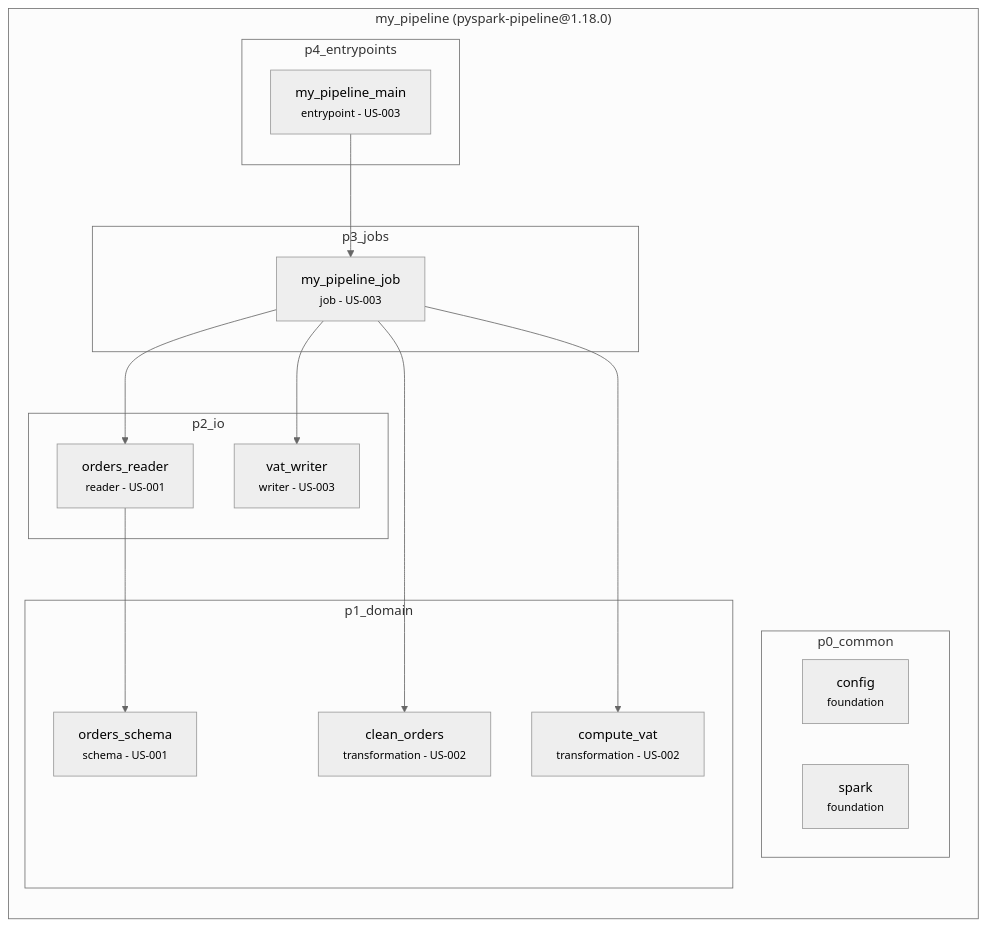
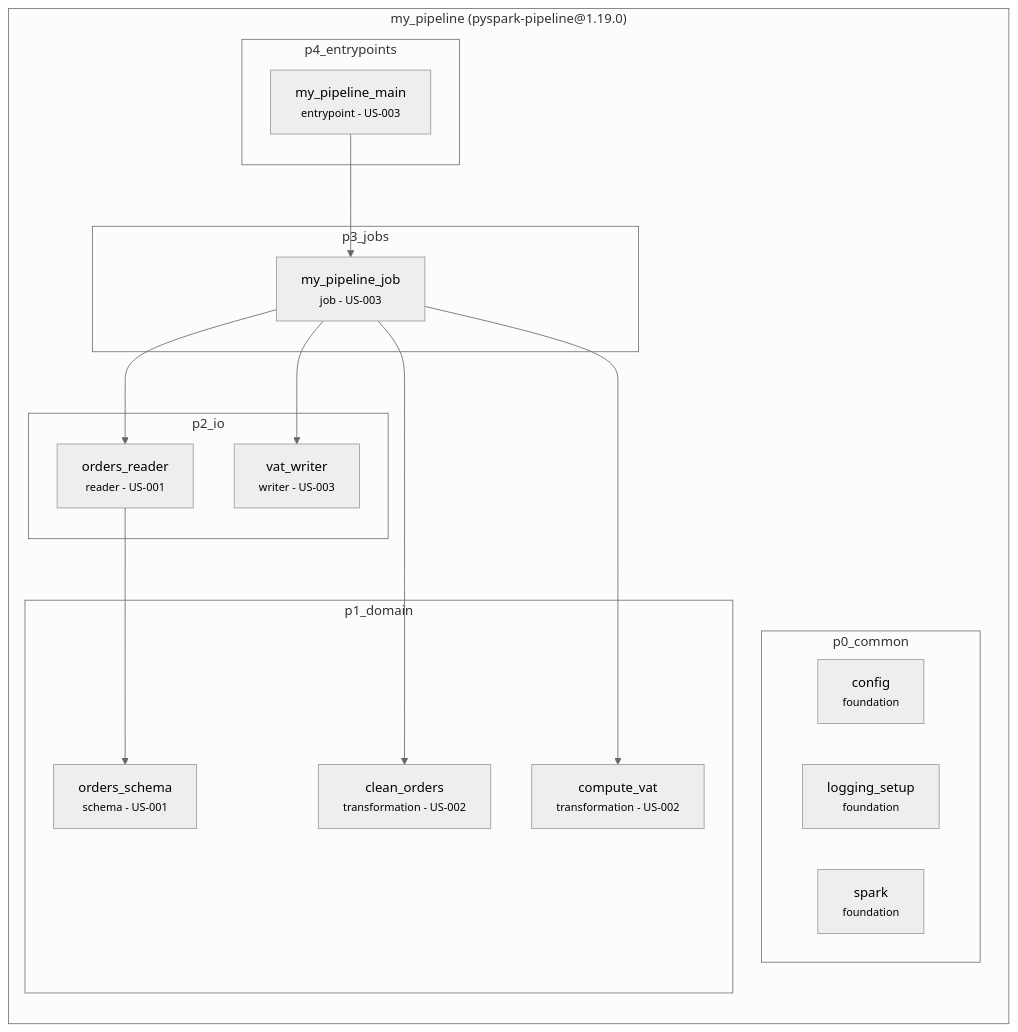
Before and after one commit to archvow/archvow-plugin: the diagram in contract/archvow/examples/pyspark-pipeline/.archvow/spec.md, drawn with Mermaid (neutral theme). The commit also changed other lines of this file and 119 other files, not shown here.

````diff
--- a/contract/archvow/examples/pyspark-pipeline/.archvow/spec.md
+++ b/contract/archvow/examples/pyspark-pipeline/.archvow/spec.md
@@ -11,32 +11,33 @@
 ```mermaid
 flowchart TB
-  subgraph my_pipeline["my_pipeline (pyspark-pipeline@1.18.0)"]
+  subgraph my_pipeline["my_pipeline (pyspark-pipeline@1.19.0)"]
     direction TB
     subgraph my_pipeline__p0_common["p0_common"]
       my_pipeline__config["config<br/><small>foundation</small>"]
+      my_pipeline__logging_setup["logging_setup<br/><small>foundation</small>"]
       my_pipeline__spark["spark<br/><small>foundation</small>"]
     end
     subgraph my_pipeline__p1_domain["p1_domain"]
       my_pipeline__clean_orders["clean_orders<br/><small>transformation - US-002</small>"]
       my_pipeline__compute_vat["compute_vat<br/><small>transformation - US-002</small>"]
       my_pipeline__orders_schema["orders_schema<br/><small>schema - US-001</small>"]
     end
     subgraph my_pipeline__p2_io["p2_io"]
       my_pipeline__orders_reader["orders_reader<br/><small>reader - US-001</small>"]
       my_pipeline__vat_writer["vat_writer<br/><small>writer - US-003</small>"]
     end
     subgraph my_pipeline__p3_jobs["p3_jobs"]
       my_pipeline__my_pipeline_job["my_pipeline_job<br/><small>job - US-003</small>"]
     end
     subgraph my_pipeline__p4_entrypoints["p4_entrypoints"]
       my_pipeline__my_pipeline_main["my_pipeline_main<br/><small>entrypoint - US-003</small>"]
     end
   end
   my_pipeline__orders_reader --> my_pipeline__orders_schema
   my_pipeline__my_pipeline_job --> my_pipeline__orders_reader
   my_pipeline__my_pipeline_job --> my_pipeline__clean_orders
   my_pipeline__my_pipeline_job --> my_pipeline__compute_vat
   my_pipeline__my_pipeline_job --> my_pipeline__vat_writer
   my_pipeline__my_pipeline_main --> my_pipeline__my_pipeline_job
   classDef empty fill:none,stroke:none
 ```
````
